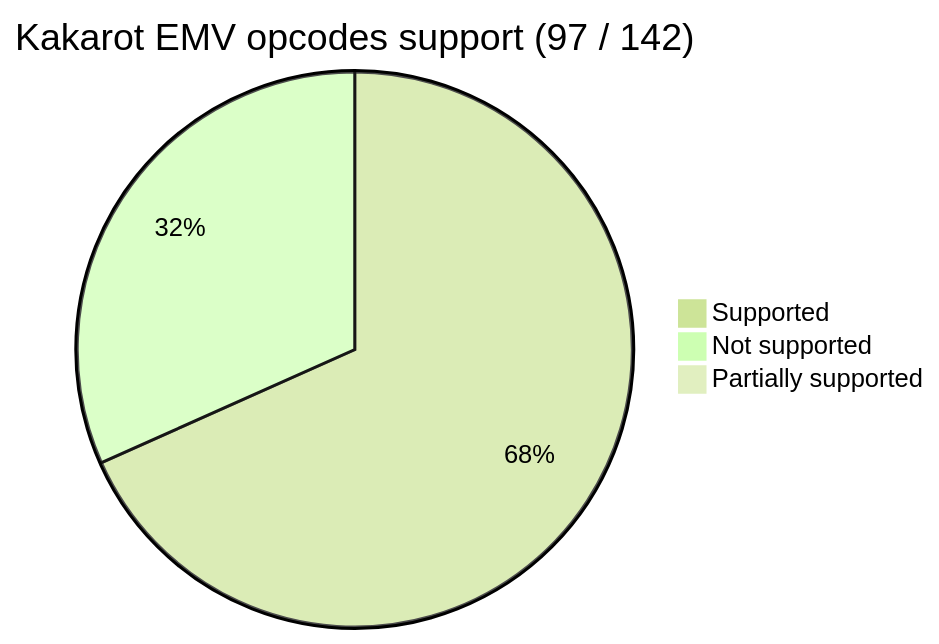
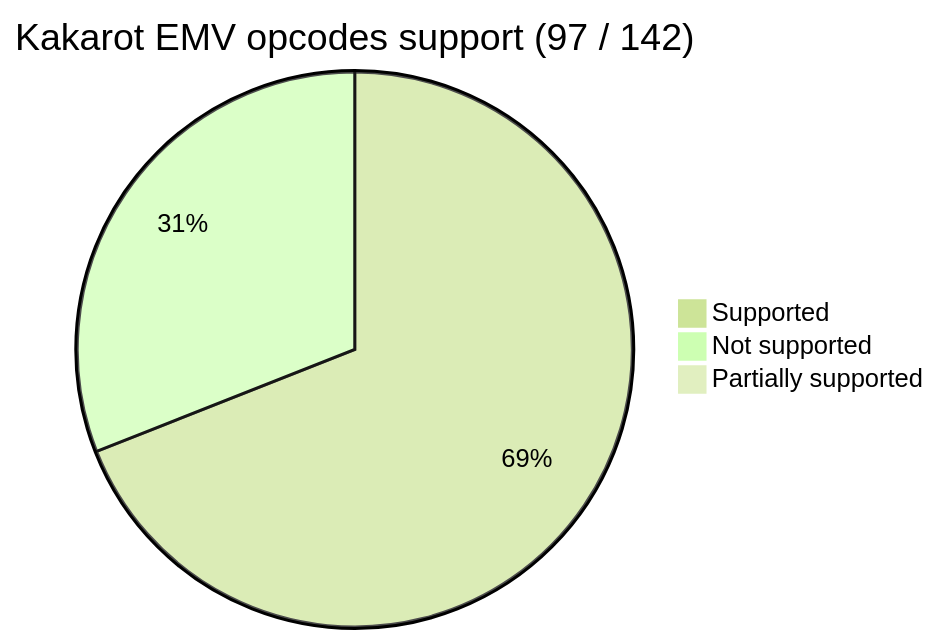
The first of 2 diagrams in README.md (kkrt-labs/kakarot), drawn with Mermaid before and after one commit. The commit also changed 5 other files, not shown here.

````diff
--- a/README.md
+++ b/README.md
@@ -40,9 +40,9 @@
 ```mermaid
 %%{init: {'theme': 'forest', 'themeVariables': { 'darkMode': 'false'}}}%%
 
 pie title Kakarot EMV opcodes support (97 / 142)
-    "Supported" : 97
-    "Not supported" : 45
+    "Supported" : 98
+    "Not supported" : 44
 
     "Partially supported" : 0
 ```
````
